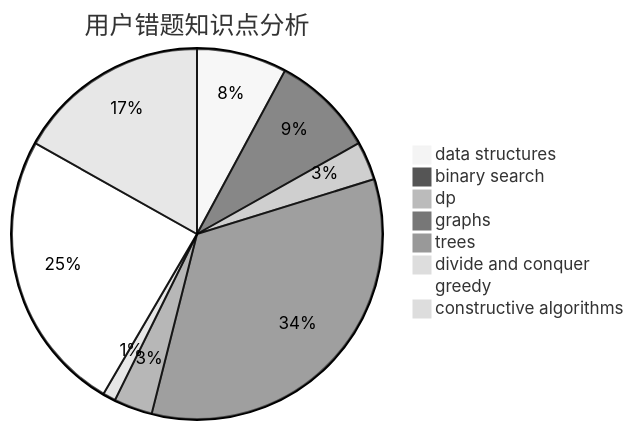
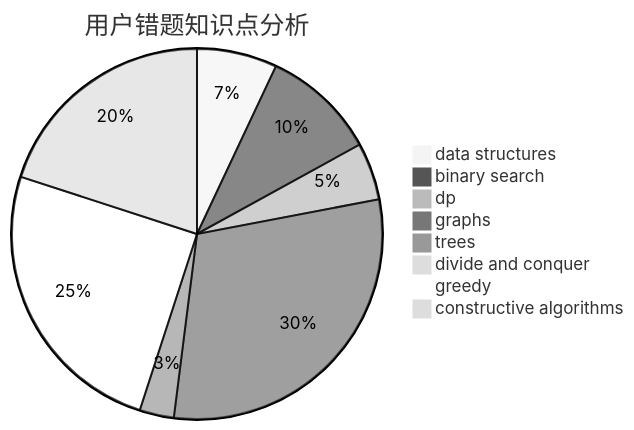
One commit to sherpahu/cfrs.github.io changed the third of 3 diagrams in docs/user/u2579.md. Above: the diagram before and after it, drawn with Mermaid (neutral theme). The commit also changed other lines of this file and 2770 other files, not shown here.

````diff
--- a/docs/user/u2579.md
+++ b/docs/user/u2579.md
@@ -36,11 +36,11 @@
 ```mermaid
 pie title 用户错题知识点分析
     "data structures" :  7
-    "binary search" :  8
-    "dp" :  3
+    "binary search" :  10
+    "dp" :  5
     "graphs" :  30
     "trees" :  3
     "divide and conquer" :  1
-    "greedy" :  22
-    "constructive algorithms" :  15
+    "greedy" :  25
+    "constructive algorithms" :  20
 ```
````
